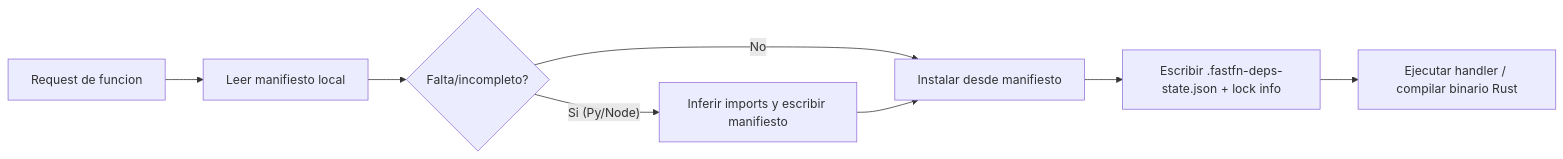
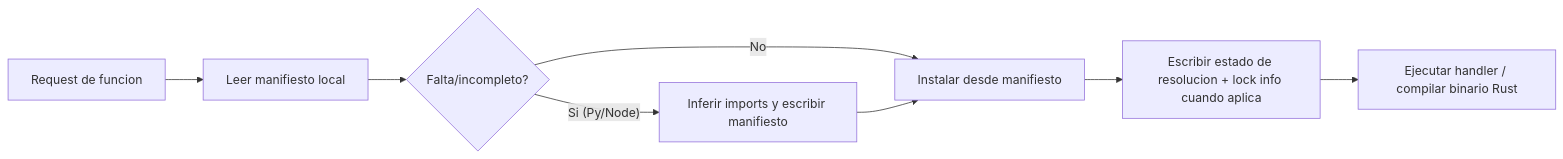
The first of 2 diagrams in docs/es/referencia/especificacion-funciones.md (misaelzapata/fastfn), drawn with Mermaid before and after one commit. The commit also changed other lines of this file and 8 other files, not shown here.

````diff
--- a/docs/es/referencia/especificacion-funciones.md
+++ b/docs/es/referencia/especificacion-funciones.md
@@ -472,10 +475,10 @@
 ```mermaid
 flowchart LR
   A["Request de funcion"] --> B["Leer manifiesto local"]
   B --> C{"Falta/incompleto?"}
   C -- "No" --> D["Instalar desde manifiesto"]
   C -- "Si (Py/Node)" --> E["Inferir imports y escribir manifiesto"]
   E --> D
-  D --> F["Escribir .fastfn-deps-state.json + lock info"]
+  D --> F["Escribir estado de resolucion + lock info cuando aplica"]
   F --> G["Ejecutar handler / compilar binario Rust"]
 ```
````
